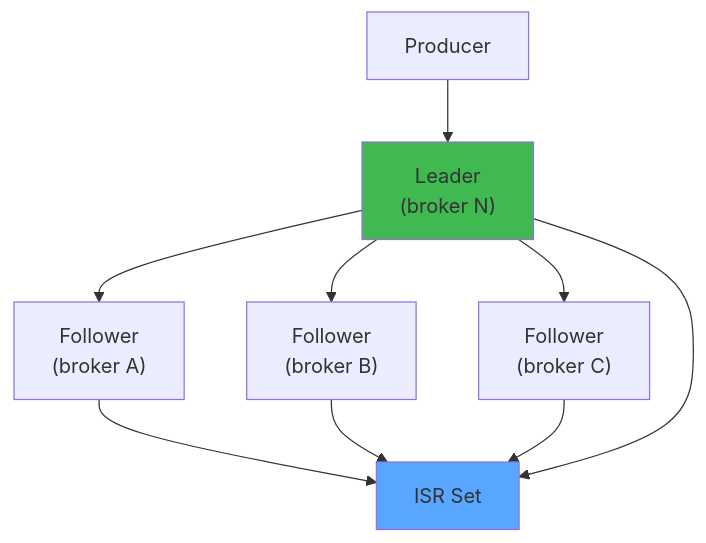
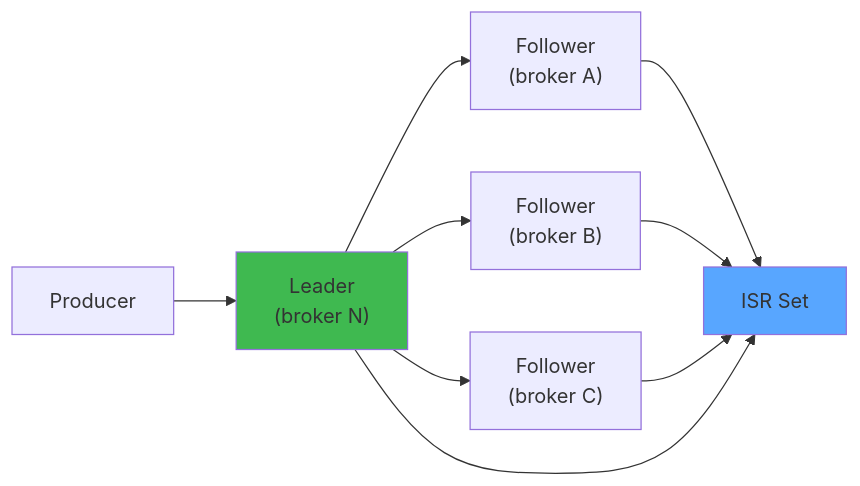
The first of 2 diagrams in data/interactive-simulations/04-kafka-replication-simulator.md (premchandkpc/md-courses), drawn with Mermaid before and after one commit. The commit also changed other lines of this file and 44 other files, not shown here.

````diff
--- a/data/interactive-simulations/04-kafka-replication-simulator.md
+++ b/data/interactive-simulations/04-kafka-replication-simulator.md
@@ -6,13 +7,13 @@
 ```mermaid
-graph TB
+graph LR
     P["Producer"] --> L["Leader<br/>(broker N)"]
     L --> F1["Follower<br/>(broker A)"]
     L --> F2["Follower<br/>(broker B)"]
     L --> F3["Follower<br/>(broker C)"]
     F1 --> ISR["ISR Set"]
     F2 --> ISR
     F3 --> ISR
     L --> ISR
     style L fill:#3fb950
     style ISR fill:#58a6ff
 ```
````
